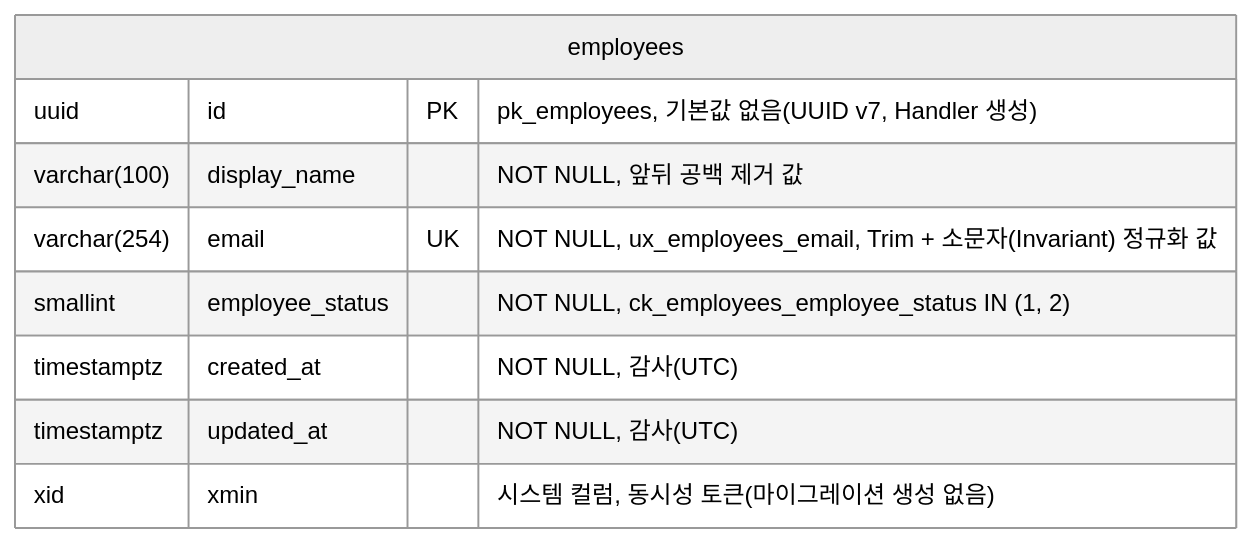
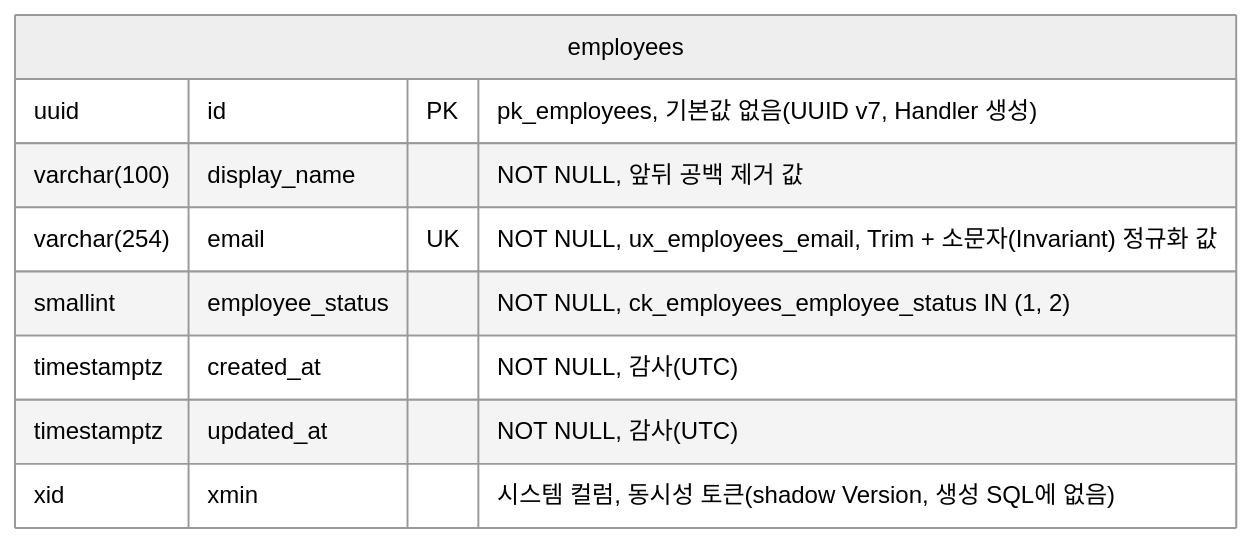
The diagram in wiki/04-development/database.md (thkim-ezabele/task_20260926), drawn with Mermaid (neutral theme) before and after one commit. The commit also changed other lines of this file and 1 other file, not shown here.

First line of the commit message:
docs(database): ERD · 코드 표 InitialCreate 대조, xmin 구현 일치, 초기화 절차 · 판정 문구 확정 (S04-T02)

````diff
--- a/wiki/04-development/database.md
+++ b/wiki/04-development/database.md
@@ -415,12 +418,12 @@
 ```mermaid
 erDiagram
     employees {
         uuid id PK "pk_employees, 기본값 없음(UUID v7, Handler 생성)"
         varchar(100) display_name "NOT NULL, 앞뒤 공백 제거 값"
         varchar(254) email UK "NOT NULL, ux_employees_email, Trim + 소문자(Invariant) 정규화 값"
         smallint employee_status "NOT NULL, ck_employees_employee_status IN (1, 2)"
         timestamptz created_at "NOT NULL, 감사(UTC)"
         timestamptz updated_at "NOT NULL, 감사(UTC)"
-        xid xmin "시스템 컬럼, 동시성 토큰(마이그레이션 생성 없음)"
+        xid xmin "시스템 컬럼, 동시성 토큰(shadow Version, 생성 SQL에 없음)"
     }
 ```
````
